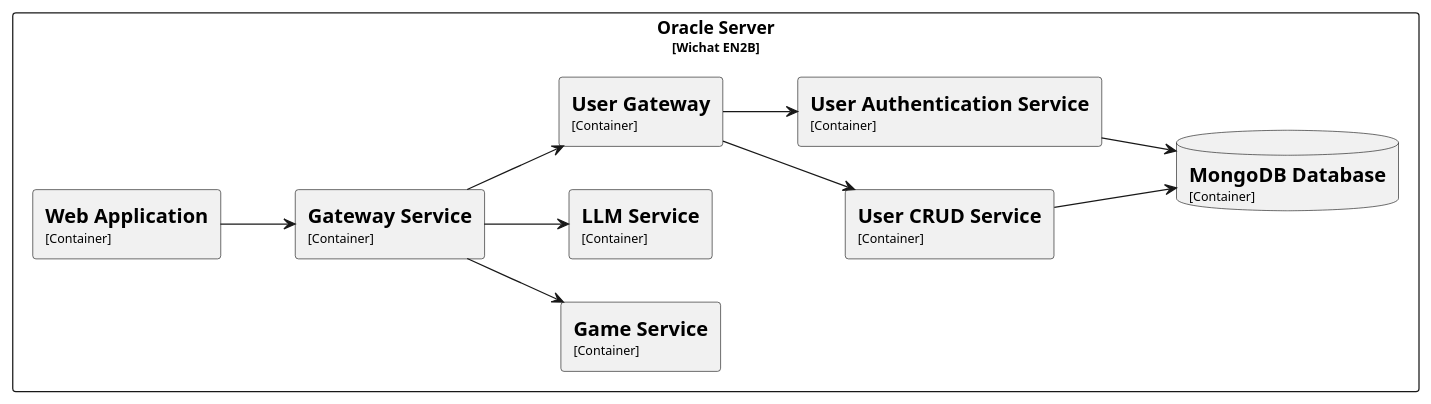
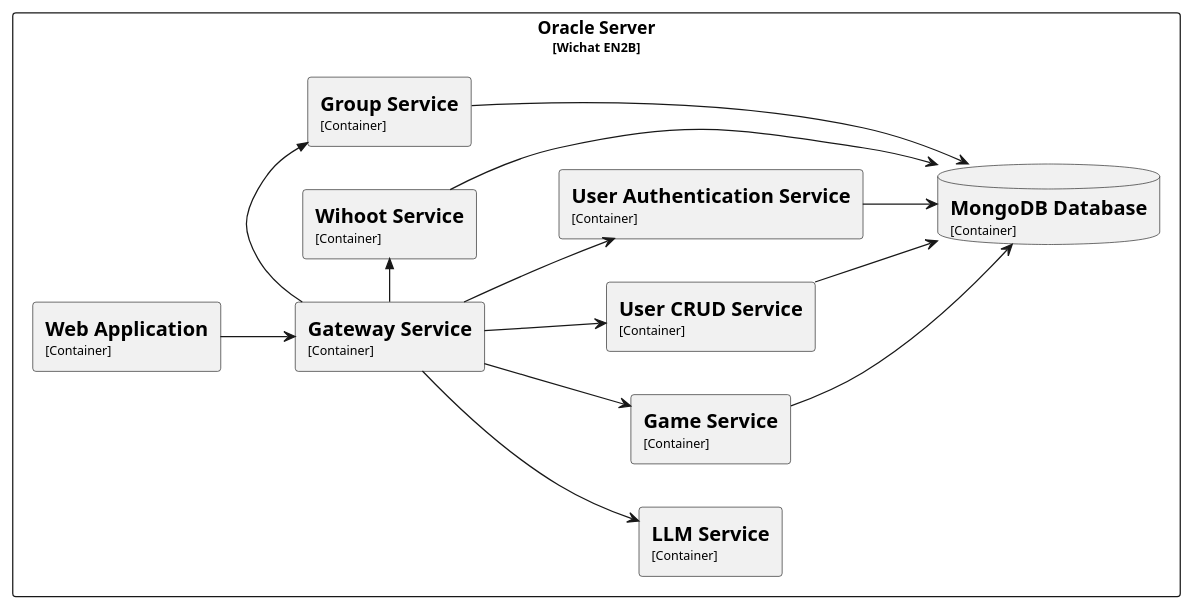
The second of 2 diagrams in docs/src/07_deployment_view.adoc (Arquisoft/wichat_en2b), drawn with PlantUML before and after one commit. The commit also changed other lines of this file, not shown here.

```diff
--- a/docs/src/07_deployment_view.adoc
+++ b/docs/src/07_deployment_view.adoc
@@ -39,24 +39,29 @@
 [plantuml,"UML diagram 2",png]
 ----
 left to right direction
 
 rectangle "Oracle Server\n<size:10>[Wichat EN2B]</size>"  {
-  rectangle "==Game Service\n<size:10>[Container]</size>" as GameService
   database "==MongoDB Database\n<size:10>[Container]</size>" as MongoDBDatabase
   rectangle "==Web Application\n<size:10>[Container]</size>"  as WebApplication
   rectangle "==Gateway Service\n<size:10>[Container]</size>"  as GatewayService
   rectangle "==LLM Service\n<size:10>[Container]</size>"  as LLMService
-  rectangle "==User Gateway\n<size:10>[Container]</size>"  as UserGateway
+  rectangle "==Game Service\n<size:10>[Container]</size>" as GameService
   rectangle "==User CRUD Service\n<size:10>[Container]</size>" as UserCRUDService
   rectangle "==User Authentication Service\n<size:10>[Container]</size>" as UserAuthenticationService
+  rectangle "==Group Service\n<size:10>[Container]</size>" as GroupService
+  rectangle "==Wihoot Service\n<size:10>[Container]</size>" as WihootService
 }
 
 WebApplication --> GatewayService
 GatewayService --> LLMService
-GatewayService --> UserGateway
+GatewayService --> UserCRUDService
+GatewayService --> UserAuthenticationService
 GatewayService --> GameService
-UserGateway --> UserCRUDService
-UserGateway --> UserAuthenticationService
+GatewayService ->> GroupService
+GatewayService ->> WihootService
 UserCRUDService --> MongoDBDatabase
 UserAuthenticationService --> MongoDBDatabase
+WihootService --> MongoDBDatabase
+GroupService --> MongoDBDatabase
+GameService --> MongoDBDatabase
 ----
```
